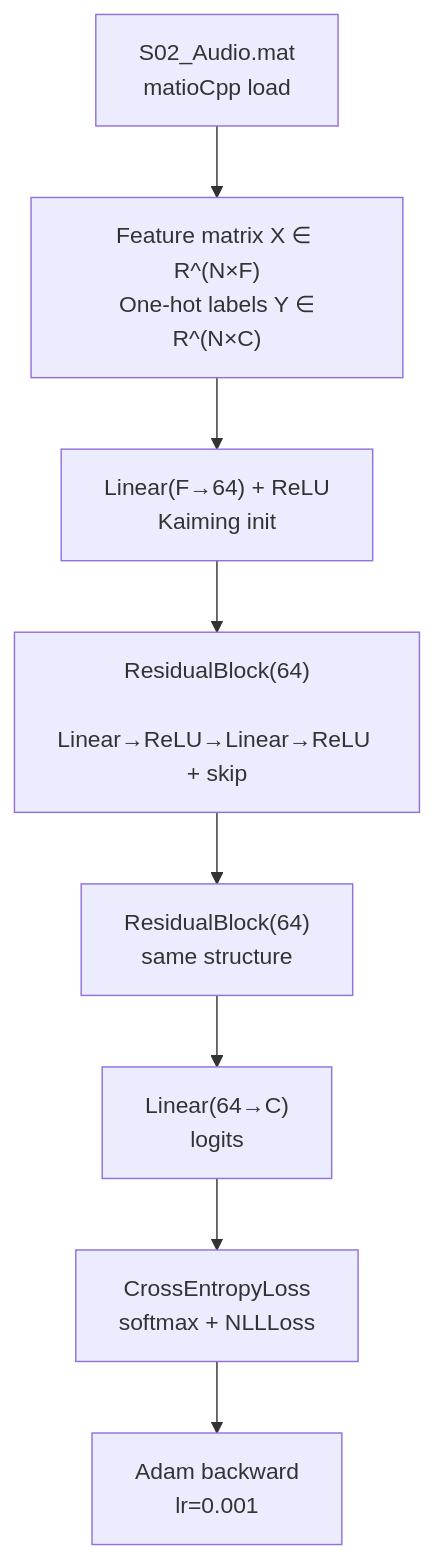
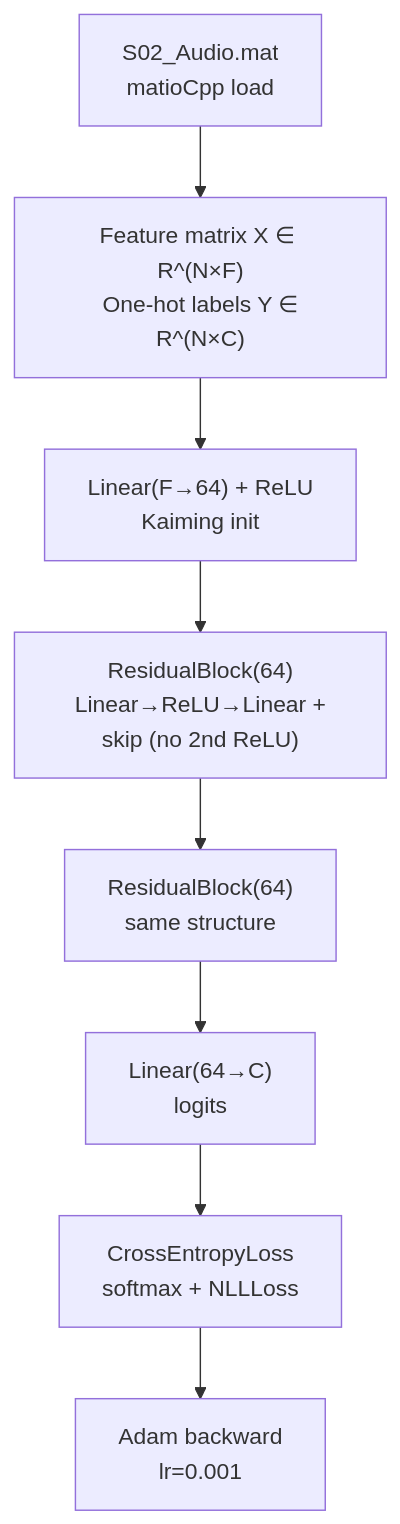
Before and after one commit to ensismoebius/doutorado: the diagram in software/nn/.wiki/Demos/resnet-classifier-demo.md, drawn with Mermaid. The commit also changed other lines of this file and 50 other files, not shown here.

````diff
--- a/software/nn/.wiki/Demos/resnet-classifier-demo.md
+++ b/software/nn/.wiki/Demos/resnet-classifier-demo.md
@@ -40,10 +40,10 @@
 ```mermaid
 flowchart TD
     A["S02_Audio.mat\n matioCpp load"] --> B["Feature matrix X ∈ R^(N×F)\n One-hot labels Y ∈ R^(N×C)"]
     B --> C["Linear(F→64) + ReLU\n Kaiming init"]
-    C --> D["ResidualBlock(64)\n Linear→ReLU→Linear→ReLU + skip"]
+    C --> D["ResidualBlock(64)\n Linear→ReLU→Linear + skip (no 2nd ReLU)"]
     D --> E["ResidualBlock(64)\n same structure"]
     E --> F["Linear(64→C)\n logits"]
     F --> G["CrossEntropyLoss\n softmax + NLLLoss"]
     G --> H["Adam backward\n lr=0.001"]
 ```
````
